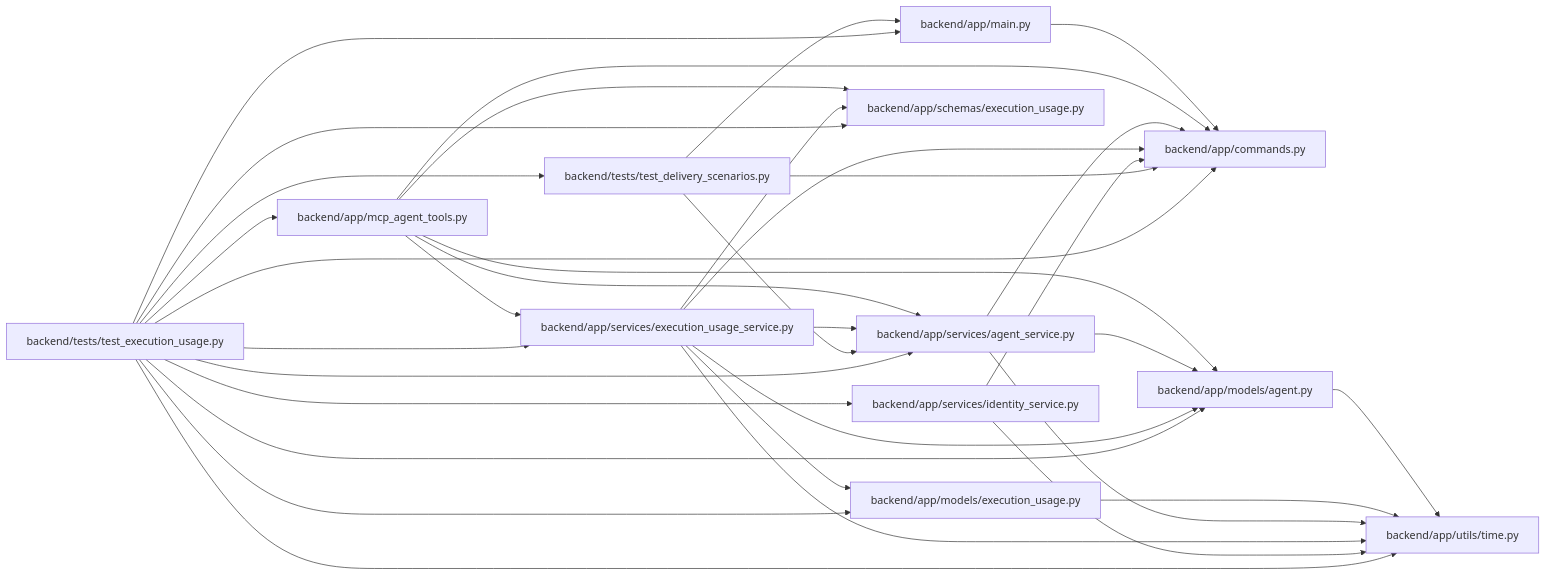
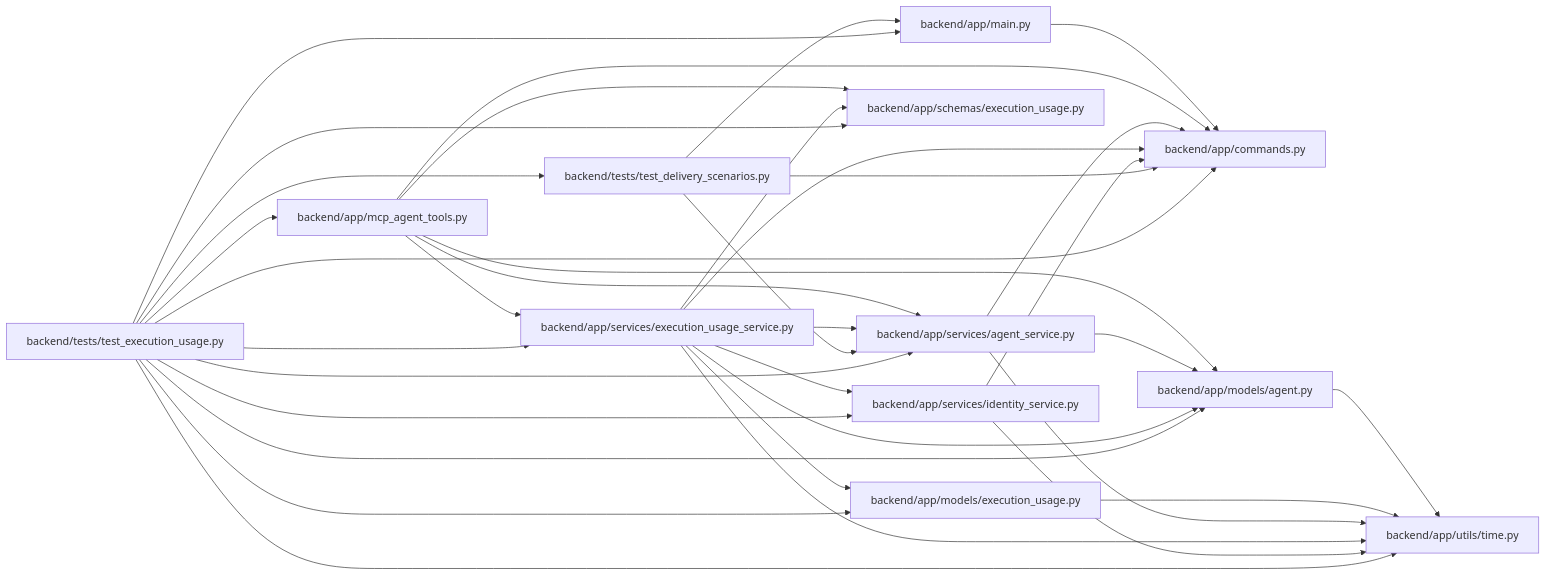
One commit to Denissvgn/WorkChord changed the diagram in docs/llm_wiki/modules/test_execution_usage.md. Above: the diagram before and after it, drawn with Mermaid. The commit also changed 25171 other files, not shown here.

````diff
--- a/docs/llm_wiki/modules/test_execution_usage.md
+++ b/docs/llm_wiki/modules/test_execution_usage.md
@@ -34,60 +34,61 @@
 ```mermaid
 flowchart LR
     n0["backend/app/commands.py"]
     n1["backend/app/main.py"]
     n2["backend/app/mcp_agent_tools.py"]
     n3["backend/app/models/agent.py"]
     n4["backend/app/models/execution_usage.py"]
     n5["backend/app/schemas/execution_usage.py"]
     n6["backend/app/services/agent_service.py"]
     n7["backend/app/services/execution_usage_service.py"]
     n8["backend/app/services/identity_service.py"]
     n9["backend/app/utils/time.py"]
     n10["backend/tests/test_delivery_scenarios.py"]
     n11["backend/tests/test_execution_usage.py"]
     n1 --> n0
     n2 --> n0
     n2 --> n3
     n2 --> n5
     n2 --> n6
     n2 --> n7
     n3 --> n9
     n4 --> n9
     n6 --> n0
     n6 --> n3
     n6 --> n9
     n7 --> n0
     n7 --> n3
     n7 --> n4
     n7 --> n5
     n7 --> n6
+    n7 --> n8
     n7 --> n9
     n8 --> n0
     n8 --> n9
     n10 --> n0
     n10 --> n1
     n10 --> n6
     n11 --> n0
     n11 --> n1
     n11 --> n2
     n11 --> n3
     n11 --> n4
     n11 --> n5
     n11 --> n6
     n11 --> n7
     n11 --> n8
     n11 --> n9
     n11 --> n10
     click n0 "../modules/commands.md"
     click n1 "../modules/app_main.md"
     click n2 "../modules/mcp_agent_tools.md"
     click n3 "../modules/models_agent.md"
     click n4 "../modules/models_execution_usage.md"
     click n5 "../modules/schemas_execution_usage.md"
     click n6 "../modules/agent_service.md"
     click n7 "../modules/execution_usage_service.md"
     click n8 "../modules/identity_service.md"
     click n9 "../modules/time.md"
     click n10 "../modules/test_delivery_scenarios.md"
     click n11 "../modules/test_execution_usage.md"
 ```
````
